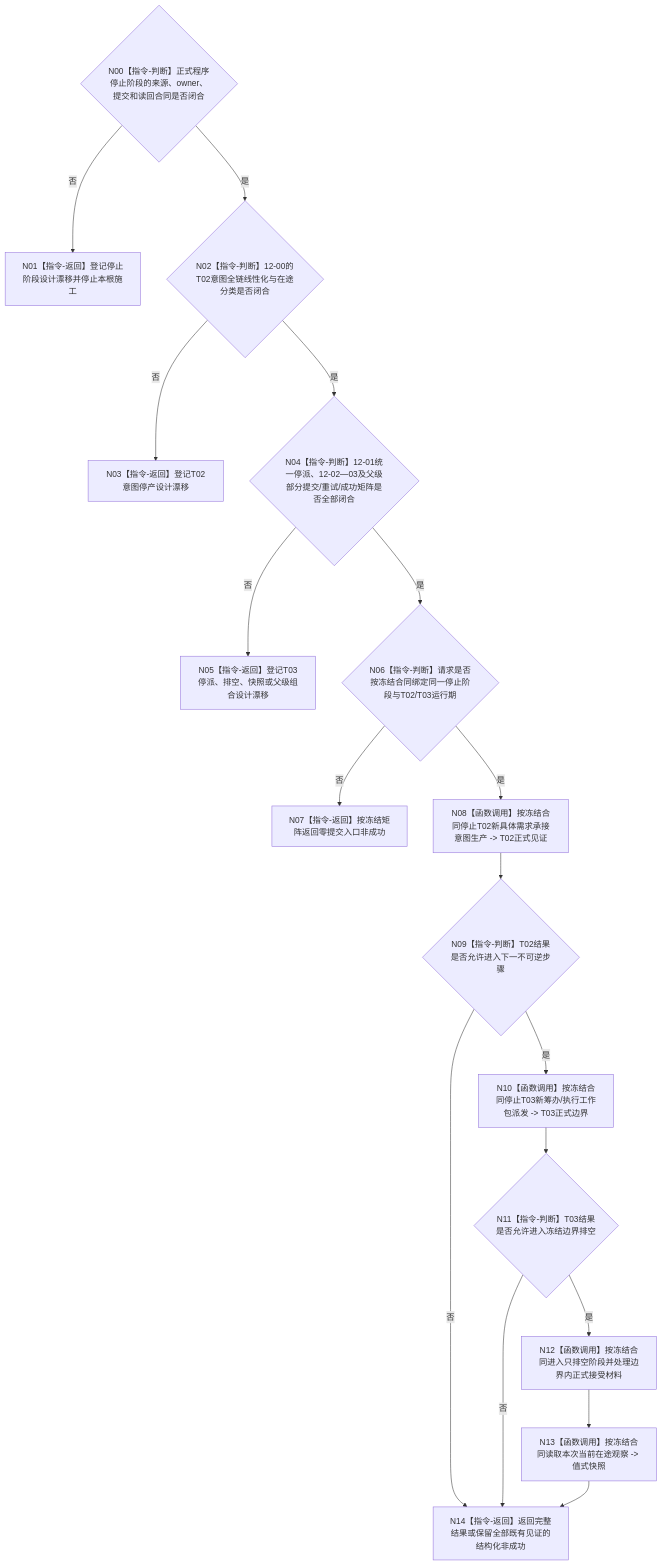
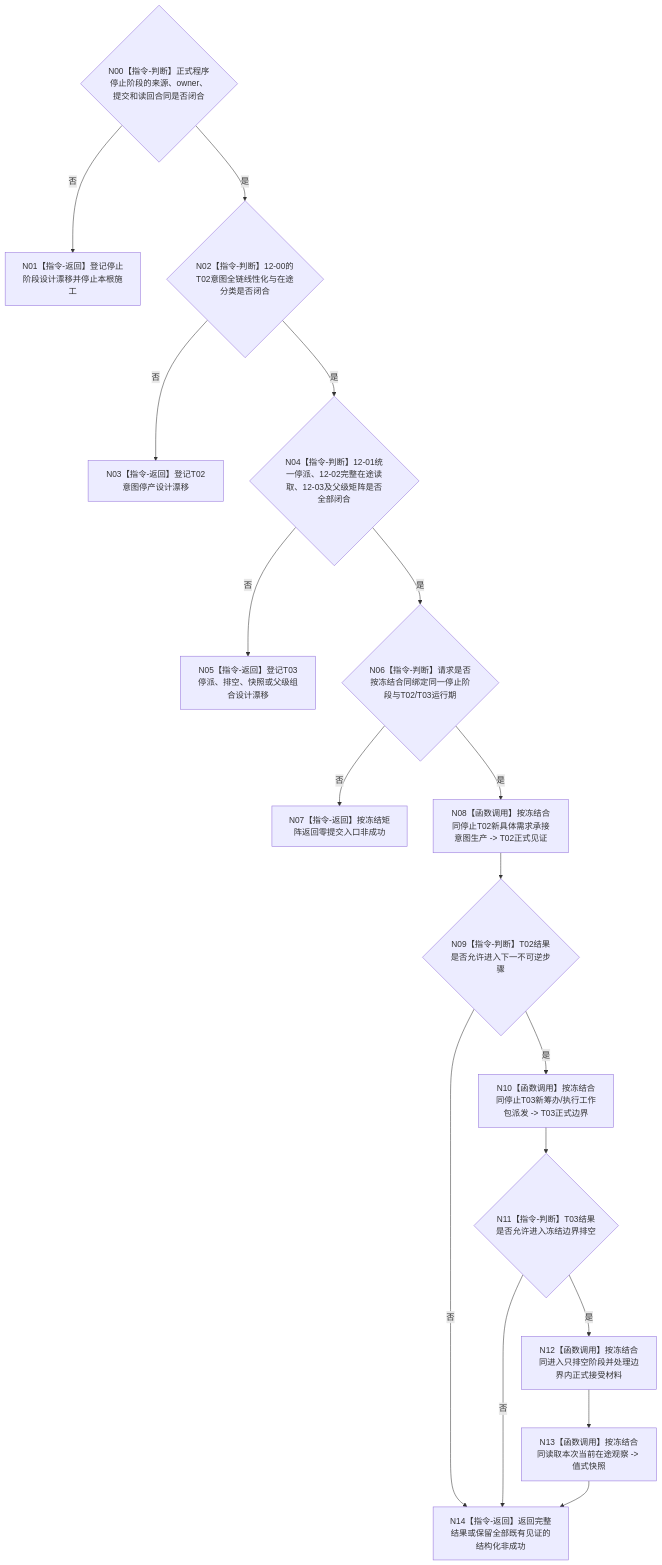
Before and after one commit to chunhaizh-cyber/HY-Ego: the diagram in 流程图/目标业务流程图/L2/BIZ-L2-001-12_停止自我新任务意图并冻结任务工作包派发_目标函数流程图_v0.2.md, drawn with Mermaid. The commit also changed other lines of this file and 8 other files, not shown here.

````diff
--- a/流程图/目标业务流程图/L2/BIZ-L2-001-12_停止自我新任务意图并冻结任务工作包派发_目标函数流程图_v0.2.md
+++ b/流程图/目标业务流程图/L2/BIZ-L2-001-12_停止自我新任务意图并冻结任务工作包派发_目标函数流程图_v0.2.md
@@ -32,31 +32,31 @@
 ```mermaid
 flowchart TD
     N00{"N00【指令-判断】正式程序停止阶段的来源、owner、提交和读回合同是否闭合"}
     N01["N01【指令-返回】登记停止阶段设计漂移并停止本根施工"]
     N02{"N02【指令-判断】12-00的T02意图全链线性化与在途分类是否闭合"}
     N03["N03【指令-返回】登记T02意图停产设计漂移"]
-    N04{"N04【指令-判断】12-01统一停派、12-02—03及父级部分提交/重试/成功矩阵是否全部闭合"}
+    N04{"N04【指令-判断】12-01统一停派、12-02完整在途读取、12-03及父级矩阵是否全部闭合"}
     N05["N05【指令-返回】登记T03停派、排空、快照或父级组合设计漂移"]
     N06{"N06【指令-判断】请求是否按冻结合同绑定同一停止阶段与T02/T03运行期"}
     N07["N07【指令-返回】按冻结矩阵返回零提交入口非成功"]
     N08["N08【函数调用】按冻结合同停止T02新具体需求承接意图生产 -> T02正式见证"]
     N09{"N09【指令-判断】T02结果是否允许进入下一不可逆步骤"}
     N10["N10【函数调用】按冻结合同停止T03新筹办/执行工作包派发 -> T03正式边界"]
     N11{"N11【指令-判断】T03结果是否允许进入冻结边界排空"}
     N12["N12【函数调用】按冻结合同进入只排空阶段并处理边界内正式接受材料"]
     N13["N13【函数调用】按冻结合同读取本次当前在途观察 -> 值式快照"]
     N14["N14【指令-返回】返回完整结果或保留全部既有见证的结构化非成功"]
 
     N00 -->|否| N01
     N00 -->|是| N02
     N02 -->|否| N03
     N02 -->|是| N04
     N04 -->|否| N05
     N04 -->|是| N06
     N06 -->|否| N07
     N06 -->|是| N08 --> N09
     N09 -->|否| N14
     N09 -->|是| N10 --> N11
     N11 -->|否| N14
     N11 -->|是| N12 --> N13 --> N14
 ```
````
